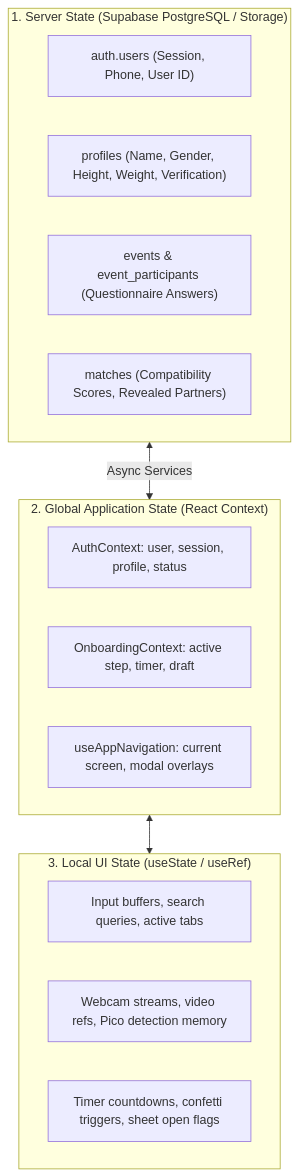
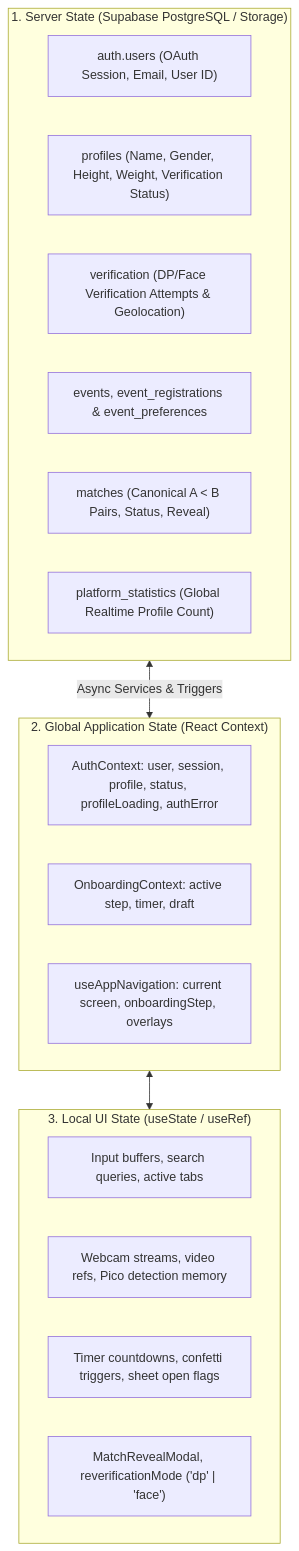
Before and after one commit to Hellsguardian/String-X: the first of 2 diagrams in docs/state-management.md, drawn with Mermaid. The commit also changed other lines of this file and 14 other files, not shown here.

````diff
--- a/docs/state-management.md
+++ b/docs/state-management.md
@@ -7,24 +12,27 @@
 ```mermaid
 flowchart TD
     subgraph Server_State ["1. Server State (Supabase PostgreSQL / Storage)"]
-        DB_User["auth.users (Session, Phone, User ID)"]
-        DB_Profile["profiles (Name, Gender, Height, Weight, Verification)"]
-        DB_Event["events & event_participants (Questionnaire Answers)"]
-        DB_Matches["matches (Compatibility Scores, Revealed Partners)"]
+        DB_User["auth.users (OAuth Session, Email, User ID)"]
+        DB_Profile["profiles (Name, Gender, Height, Weight, Verification Status)"]
+        DB_Verif["verification (DP/Face Verification Attempts & Geolocation)"]
+        DB_Event["events, event_registrations & event_preferences"]
+        DB_Matches["matches (Canonical A < B Pairs, Status, Reveal)"]
+        DB_Stats["platform_statistics (Global Realtime Profile Count)"]
     end
 
     subgraph Global_Context ["2. Global Application State (React Context)"]
-        AuthContext["AuthContext: user, session, profile, status"]
+        AuthContext["AuthContext: user, session, profile, status, profileLoading, authError"]
         OnboardingContext["OnboardingContext: active step, timer, draft"]
-        NavContext["useAppNavigation: current screen, modal overlays"]
+        NavContext["useAppNavigation: current screen, onboardingStep, overlays"]
     end
 
     subgraph Local_Component_State ["3. Local UI State (useState / useRef)"]
         UI_Inputs["Input buffers, search queries, active tabs"]
         UI_Camera["Webcam streams, video refs, Pico detection memory"]
         UI_Animation["Timer countdowns, confetti triggers, sheet open flags"]
+        UI_Modals["MatchRevealModal, reverificationMode ('dp' | 'face')"]
     end
 
-    Server_State <-->|Async Services| Global_Context
+    Server_State <-->|Async Services & Triggers| Global_Context
     Global_Context <--> Local_Component_State
 ```
````
